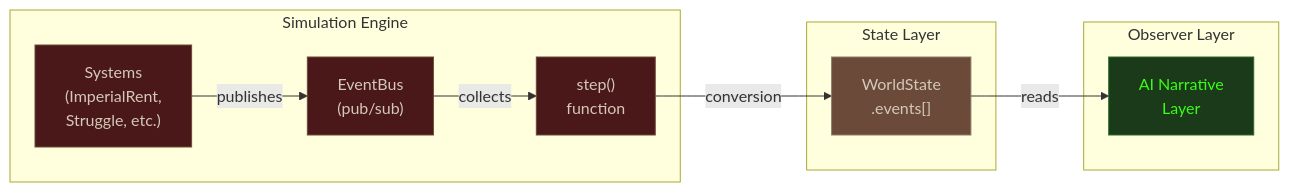
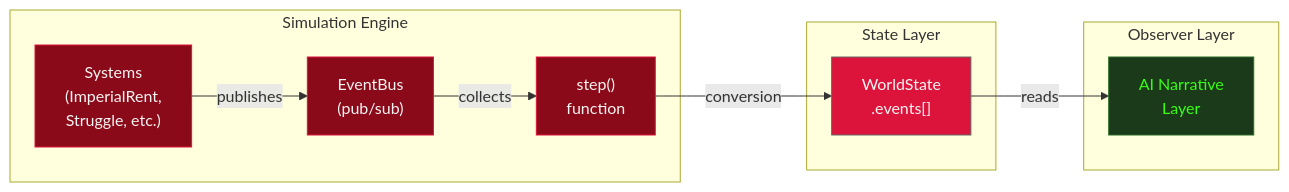
Before and after one commit to percy-raskova/babylon: the first of 3 diagrams in docs/concepts/event-system.rst, drawn with Mermaid. The commit also changed other lines of this file and 7 other files, not shown here.

First line of the commit message:
style(docs): replace Necropolis Codex theme with Luxe Gothic palette

```diff
--- a/docs/concepts/event-system.rst
+++ b/docs/concepts/event-system.rst
@@ -15,30 +15,30 @@
 .. mermaid::
 
    flowchart LR
        subgraph engine["Simulation Engine"]
            SYS["Systems<br/>(ImperialRent,<br/>Struggle, etc.)"]
            BUS["EventBus<br/>(pub/sub)"]
            STEP["step()<br/>function"]
        end
 
        subgraph state["State Layer"]
            WS["WorldState<br/>.events[]"]
        end
 
        subgraph observer["Observer Layer"]
            AI["AI Narrative<br/>Layer"]
        end
 
        SYS -->|"publishes"| BUS
        BUS -->|"collects"| STEP
        STEP -->|"conversion"| WS
        WS -->|"reads"| AI
 
-   %% Necropolis Codex styling
-   classDef engine fill:#4A1818,stroke:#6B4A3A,color:#D4C9B8
-   classDef state fill:#6B4A3A,stroke:#8B7B6B,color:#D4C9B8
+   %% Luxe Gothic styling
+   classDef engine fill:#8B0A1A,stroke:#DC143C,color:#F7F5F3
+   classDef state fill:#DC143C,stroke:#696969,color:#F7F5F3
    classDef observer fill:#1A3A1A,stroke:#2A6B2A,color:#39FF14
 
    class SYS,BUS,STEP engine
    class WS state
    class AI observer
```
